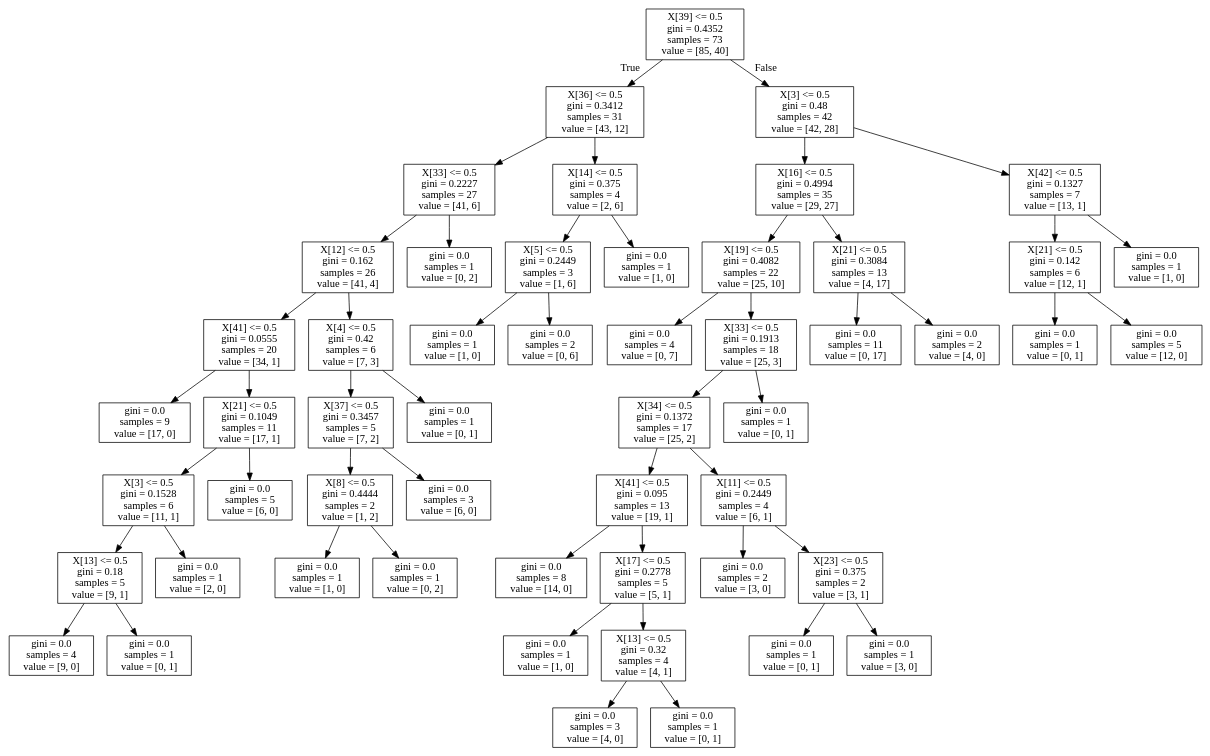
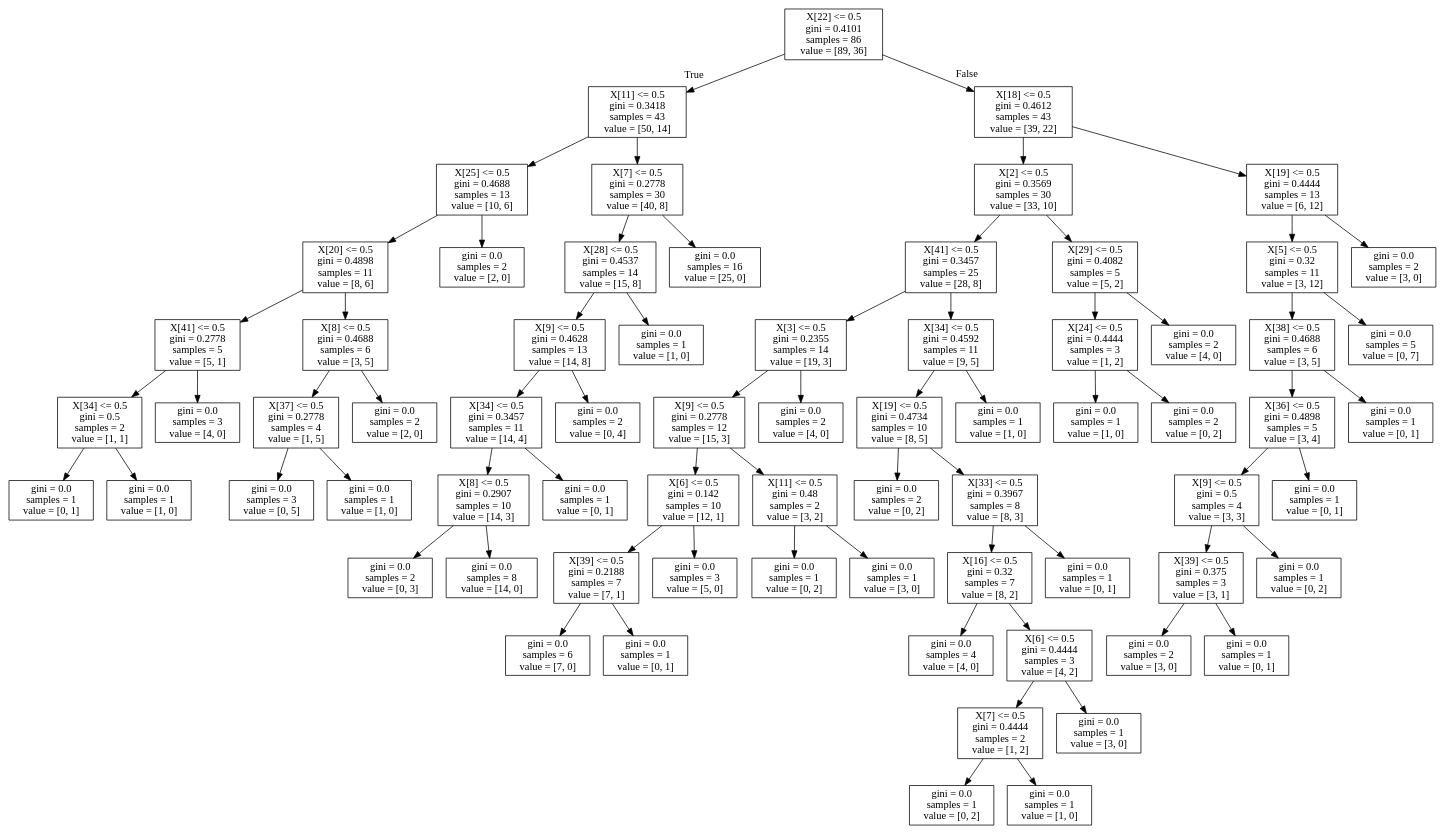
One commit to aaronfowles/elastography changed the diagram in tree8.dot. Above: the diagram before and after it, drawn with Graphviz. The commit also changed 11 other files, not shown here.

```diff
--- a/tree8.dot
+++ b/tree8.dot
@@ -1,108 +1,144 @@
 digraph Tree {
 node [shape=box] ;
-0 [label="X[39] <= 0.5\ngini = 0.4352\nsamples = 73\nvalue = [85, 40]"] ;
-1 [label="X[36] <= 0.5\ngini = 0.3412\nsamples = 31\nvalue = [43, 12]"] ;
+0 [label="X[22] <= 0.5\ngini = 0.4101\nsamples = 86\nvalue = [89, 36]"] ;
+1 [label="X[11] <= 0.5\ngini = 0.3418\nsamples = 43\nvalue = [50, 14]"] ;
 0 -> 1 [labeldistance=2.5, labelangle=45, headlabel="True"] ;
-2 [label="X[33] <= 0.5\ngini = 0.2227\nsamples = 27\nvalue = [41, 6]"] ;
+2 [label="X[25] <= 0.5\ngini = 0.4688\nsamples = 13\nvalue = [10, 6]"] ;
 1 -> 2 ;
-3 [label="X[12] <= 0.5\ngini = 0.162\nsamples = 26\nvalue = [41, 4]"] ;
+3 [label="X[20] <= 0.5\ngini = 0.4898\nsamples = 11\nvalue = [8, 6]"] ;
 2 -> 3 ;
-4 [label="X[41] <= 0.5\ngini = 0.0555\nsamples = 20\nvalue = [34, 1]"] ;
+4 [label="X[41] <= 0.5\ngini = 0.2778\nsamples = 5\nvalue = [5, 1]"] ;
 3 -> 4 ;
-5 [label="gini = 0.0\nsamples = 9\nvalue = [17, 0]"] ;
+5 [label="X[34] <= 0.5\ngini = 0.5\nsamples = 2\nvalue = [1, 1]"] ;
 4 -> 5 ;
-6 [label="X[21] <= 0.5\ngini = 0.1049\nsamples = 11\nvalue = [17, 1]"] ;
-4 -> 6 ;
-7 [label="X[3] <= 0.5\ngini = 0.1528\nsamples = 6\nvalue = [11, 1]"] ;
-6 -> 7 ;
-8 [label="X[13] <= 0.5\ngini = 0.18\nsamples = 5\nvalue = [9, 1]"] ;
-7 -> 8 ;
-9 [label="gini = 0.0\nsamples = 4\nvalue = [9, 0]"] ;
-8 -> 9 ;
-10 [label="gini = 0.0\nsamples = 1\nvalue = [0, 1]"] ;
-8 -> 10 ;
-11 [label="gini = 0.0\nsamples = 1\nvalue = [2, 0]"] ;
-7 -> 11 ;
-12 [label="gini = 0.0\nsamples = 5\nvalue = [6, 0]"] ;
-6 -> 12 ;
-13 [label="X[4] <= 0.5\ngini = 0.42\nsamples = 6\nvalue = [7, 3]"] ;
-3 -> 13 ;
-14 [label="X[37] <= 0.5\ngini = 0.3457\nsamples = 5\nvalue = [7, 2]"] ;
-13 -> 14 ;
-15 [label="X[8] <= 0.5\ngini = 0.4444\nsamples = 2\nvalue = [1, 2]"] ;
-14 -> 15 ;
-16 [label="gini = 0.0\nsamples = 1\nvalue = [1, 0]"] ;
+6 [label="gini = 0.0\nsamples = 1\nvalue = [0, 1]"] ;
+5 -> 6 ;
+7 [label="gini = 0.0\nsamples = 1\nvalue = [1, 0]"] ;
+5 -> 7 ;
+8 [label="gini = 0.0\nsamples = 3\nvalue = [4, 0]"] ;
+4 -> 8 ;
+9 [label="X[8] <= 0.5\ngini = 0.4688\nsamples = 6\nvalue = [3, 5]"] ;
+3 -> 9 ;
+10 [label="X[37] <= 0.5\ngini = 0.2778\nsamples = 4\nvalue = [1, 5]"] ;
+9 -> 10 ;
+11 [label="gini = 0.0\nsamples = 3\nvalue = [0, 5]"] ;
+10 -> 11 ;
+12 [label="gini = 0.0\nsamples = 1\nvalue = [1, 0]"] ;
+10 -> 12 ;
+13 [label="gini = 0.0\nsamples = 2\nvalue = [2, 0]"] ;
+9 -> 13 ;
+14 [label="gini = 0.0\nsamples = 2\nvalue = [2, 0]"] ;
+2 -> 14 ;
+15 [label="X[7] <= 0.5\ngini = 0.2778\nsamples = 30\nvalue = [40, 8]"] ;
+1 -> 15 ;
+16 [label="X[28] <= 0.5\ngini = 0.4537\nsamples = 14\nvalue = [15, 8]"] ;
 15 -> 16 ;
-17 [label="gini = 0.0\nsamples = 1\nvalue = [0, 2]"] ;
-15 -> 17 ;
-18 [label="gini = 0.0\nsamples = 3\nvalue = [6, 0]"] ;
-14 -> 18 ;
-19 [label="gini = 0.0\nsamples = 1\nvalue = [0, 1]"] ;
-13 -> 19 ;
-20 [label="gini = 0.0\nsamples = 1\nvalue = [0, 2]"] ;
-2 -> 20 ;
-21 [label="X[14] <= 0.5\ngini = 0.375\nsamples = 4\nvalue = [2, 6]"] ;
-1 -> 21 ;
-22 [label="X[5] <= 0.5\ngini = 0.2449\nsamples = 3\nvalue = [1, 6]"] ;
-21 -> 22 ;
-23 [label="gini = 0.0\nsamples = 1\nvalue = [1, 0]"] ;
-22 -> 23 ;
-24 [label="gini = 0.0\nsamples = 2\nvalue = [0, 6]"] ;
-22 -> 24 ;
-25 [label="gini = 0.0\nsamples = 1\nvalue = [1, 0]"] ;
-21 -> 25 ;
-26 [label="X[3] <= 0.5\ngini = 0.48\nsamples = 42\nvalue = [42, 28]"] ;
+17 [label="X[9] <= 0.5\ngini = 0.4628\nsamples = 13\nvalue = [14, 8]"] ;
+16 -> 17 ;
+18 [label="X[34] <= 0.5\ngini = 0.3457\nsamples = 11\nvalue = [14, 4]"] ;
+17 -> 18 ;
+19 [label="X[8] <= 0.5\ngini = 0.2907\nsamples = 10\nvalue = [14, 3]"] ;
+18 -> 19 ;
+20 [label="gini = 0.0\nsamples = 2\nvalue = [0, 3]"] ;
+19 -> 20 ;
+21 [label="gini = 0.0\nsamples = 8\nvalue = [14, 0]"] ;
+19 -> 21 ;
+22 [label="gini = 0.0\nsamples = 1\nvalue = [0, 1]"] ;
+18 -> 22 ;
+23 [label="gini = 0.0\nsamples = 2\nvalue = [0, 4]"] ;
+17 -> 23 ;
+24 [label="gini = 0.0\nsamples = 1\nvalue = [1, 0]"] ;
+16 -> 24 ;
+25 [label="gini = 0.0\nsamples = 16\nvalue = [25, 0]"] ;
+15 -> 25 ;
+26 [label="X[18] <= 0.5\ngini = 0.4612\nsamples = 43\nvalue = [39, 22]"] ;
 0 -> 26 [labeldistance=2.5, labelangle=-45, headlabel="False"] ;
-27 [label="X[16] <= 0.5\ngini = 0.4994\nsamples = 35\nvalue = [29, 27]"] ;
+27 [label="X[2] <= 0.5\ngini = 0.3569\nsamples = 30\nvalue = [33, 10]"] ;
 26 -> 27 ;
-28 [label="X[19] <= 0.5\ngini = 0.4082\nsamples = 22\nvalue = [25, 10]"] ;
+28 [label="X[41] <= 0.5\ngini = 0.3457\nsamples = 25\nvalue = [28, 8]"] ;
 27 -> 28 ;
-29 [label="gini = 0.0\nsamples = 4\nvalue = [0, 7]"] ;
+29 [label="X[3] <= 0.5\ngini = 0.2355\nsamples = 14\nvalue = [19, 3]"] ;
 28 -> 29 ;
-30 [label="X[33] <= 0.5\ngini = 0.1913\nsamples = 18\nvalue = [25, 3]"] ;
-28 -> 30 ;
-31 [label="X[34] <= 0.5\ngini = 0.1372\nsamples = 17\nvalue = [25, 2]"] ;
+30 [label="X[9] <= 0.5\ngini = 0.2778\nsamples = 12\nvalue = [15, 3]"] ;
+29 -> 30 ;
+31 [label="X[6] <= 0.5\ngini = 0.142\nsamples = 10\nvalue = [12, 1]"] ;
 30 -> 31 ;
-32 [label="X[41] <= 0.5\ngini = 0.095\nsamples = 13\nvalue = [19, 1]"] ;
+32 [label="X[39] <= 0.5\ngini = 0.2188\nsamples = 7\nvalue = [7, 1]"] ;
 31 -> 32 ;
-33 [label="gini = 0.0\nsamples = 8\nvalue = [14, 0]"] ;
+33 [label="gini = 0.0\nsamples = 6\nvalue = [7, 0]"] ;
 32 -> 33 ;
-34 [label="X[17] <= 0.5\ngini = 0.2778\nsamples = 5\nvalue = [5, 1]"] ;
+34 [label="gini = 0.0\nsamples = 1\nvalue = [0, 1]"] ;
 32 -> 34 ;
-35 [label="gini = 0.0\nsamples = 1\nvalue = [1, 0]"] ;
-34 -> 35 ;
-36 [label="X[13] <= 0.5\ngini = 0.32\nsamples = 4\nvalue = [4, 1]"] ;
-34 -> 36 ;
-37 [label="gini = 0.0\nsamples = 3\nvalue = [4, 0]"] ;
+35 [label="gini = 0.0\nsamples = 3\nvalue = [5, 0]"] ;
+31 -> 35 ;
+36 [label="X[11] <= 0.5\ngini = 0.48\nsamples = 2\nvalue = [3, 2]"] ;
+30 -> 36 ;
+37 [label="gini = 0.0\nsamples = 1\nvalue = [0, 2]"] ;
 36 -> 37 ;
-38 [label="gini = 0.0\nsamples = 1\nvalue = [0, 1]"] ;
+38 [label="gini = 0.0\nsamples = 1\nvalue = [3, 0]"] ;
 36 -> 38 ;
-39 [label="X[11] <= 0.5\ngini = 0.2449\nsamples = 4\nvalue = [6, 1]"] ;
-31 -> 39 ;
-40 [label="gini = 0.0\nsamples = 2\nvalue = [3, 0]"] ;
-39 -> 40 ;
-41 [label="X[23] <= 0.5\ngini = 0.375\nsamples = 2\nvalue = [3, 1]"] ;
-39 -> 41 ;
-42 [label="gini = 0.0\nsamples = 1\nvalue = [0, 1]"] ;
+39 [label="gini = 0.0\nsamples = 2\nvalue = [4, 0]"] ;
+29 -> 39 ;
+40 [label="X[34] <= 0.5\ngini = 0.4592\nsamples = 11\nvalue = [9, 5]"] ;
+28 -> 40 ;
+41 [label="X[19] <= 0.5\ngini = 0.4734\nsamples = 10\nvalue = [8, 5]"] ;
+40 -> 41 ;
+42 [label="gini = 0.0\nsamples = 2\nvalue = [0, 2]"] ;
 41 -> 42 ;
-43 [label="gini = 0.0\nsamples = 1\nvalue = [3, 0]"] ;
+43 [label="X[33] <= 0.5\ngini = 0.3967\nsamples = 8\nvalue = [8, 3]"] ;
 41 -> 43 ;
-44 [label="gini = 0.0\nsamples = 1\nvalue = [0, 1]"] ;
-30 -> 44 ;
-45 [label="X[21] <= 0.5\ngini = 0.3084\nsamples = 13\nvalue = [4, 17]"] ;
-27 -> 45 ;
-46 [label="gini = 0.0\nsamples = 11\nvalue = [0, 17]"] ;
-45 -> 46 ;
-47 [label="gini = 0.0\nsamples = 2\nvalue = [4, 0]"] ;
-45 -> 47 ;
-48 [label="X[42] <= 0.5\ngini = 0.1327\nsamples = 7\nvalue = [13, 1]"] ;
-26 -> 48 ;
-49 [label="X[21] <= 0.5\ngini = 0.142\nsamples = 6\nvalue = [12, 1]"] ;
-48 -> 49 ;
-50 [label="gini = 0.0\nsamples = 1\nvalue = [0, 1]"] ;
-49 -> 50 ;
-51 [label="gini = 0.0\nsamples = 5\nvalue = [12, 0]"] ;
-49 -> 51 ;
+44 [label="X[16] <= 0.5\ngini = 0.32\nsamples = 7\nvalue = [8, 2]"] ;
+43 -> 44 ;
+45 [label="gini = 0.0\nsamples = 4\nvalue = [4, 0]"] ;
+44 -> 45 ;
+46 [label="X[6] <= 0.5\ngini = 0.4444\nsamples = 3\nvalue = [4, 2]"] ;
+44 -> 46 ;
+47 [label="X[7] <= 0.5\ngini = 0.4444\nsamples = 2\nvalue = [1, 2]"] ;
+46 -> 47 ;
+48 [label="gini = 0.0\nsamples = 1\nvalue = [0, 2]"] ;
+47 -> 48 ;
+49 [label="gini = 0.0\nsamples = 1\nvalue = [1, 0]"] ;
+47 -> 49 ;
+50 [label="gini = 0.0\nsamples = 1\nvalue = [3, 0]"] ;
+46 -> 50 ;
+51 [label="gini = 0.0\nsamples = 1\nvalue = [0, 1]"] ;
+43 -> 51 ;
 52 [label="gini = 0.0\nsamples = 1\nvalue = [1, 0]"] ;
-48 -> 52 ;
+40 -> 52 ;
+53 [label="X[29] <= 0.5\ngini = 0.4082\nsamples = 5\nvalue = [5, 2]"] ;
+27 -> 53 ;
+54 [label="X[24] <= 0.5\ngini = 0.4444\nsamples = 3\nvalue = [1, 2]"] ;
+53 -> 54 ;
+55 [label="gini = 0.0\nsamples = 1\nvalue = [1, 0]"] ;
+54 -> 55 ;
+56 [label="gini = 0.0\nsamples = 2\nvalue = [0, 2]"] ;
+54 -> 56 ;
+57 [label="gini = 0.0\nsamples = 2\nvalue = [4, 0]"] ;
+53 -> 57 ;
+58 [label="X[19] <= 0.5\ngini = 0.4444\nsamples = 13\nvalue = [6, 12]"] ;
+26 -> 58 ;
+59 [label="X[5] <= 0.5\ngini = 0.32\nsamples = 11\nvalue = [3, 12]"] ;
+58 -> 59 ;
+60 [label="X[38] <= 0.5\ngini = 0.4688\nsamples = 6\nvalue = [3, 5]"] ;
+59 -> 60 ;
+61 [label="X[36] <= 0.5\ngini = 0.4898\nsamples = 5\nvalue = [3, 4]"] ;
+60 -> 61 ;
+62 [label="X[9] <= 0.5\ngini = 0.5\nsamples = 4\nvalue = [3, 3]"] ;
+61 -> 62 ;
+63 [label="X[39] <= 0.5\ngini = 0.375\nsamples = 3\nvalue = [3, 1]"] ;
+62 -> 63 ;
+64 [label="gini = 0.0\nsamples = 2\nvalue = [3, 0]"] ;
+63 -> 64 ;
+65 [label="gini = 0.0\nsamples = 1\nvalue = [0, 1]"] ;
+63 -> 65 ;
+66 [label="gini = 0.0\nsamples = 1\nvalue = [0, 2]"] ;
+62 -> 66 ;
+67 [label="gini = 0.0\nsamples = 1\nvalue = [0, 1]"] ;
+61 -> 67 ;
+68 [label="gini = 0.0\nsamples = 1\nvalue = [0, 1]"] ;
+60 -> 68 ;
+69 [label="gini = 0.0\nsamples = 5\nvalue = [0, 7]"] ;
+59 -> 69 ;
+70 [label="gini = 0.0\nsamples = 2\nvalue = [3, 0]"] ;
+58 -> 70 ;
 }
```
